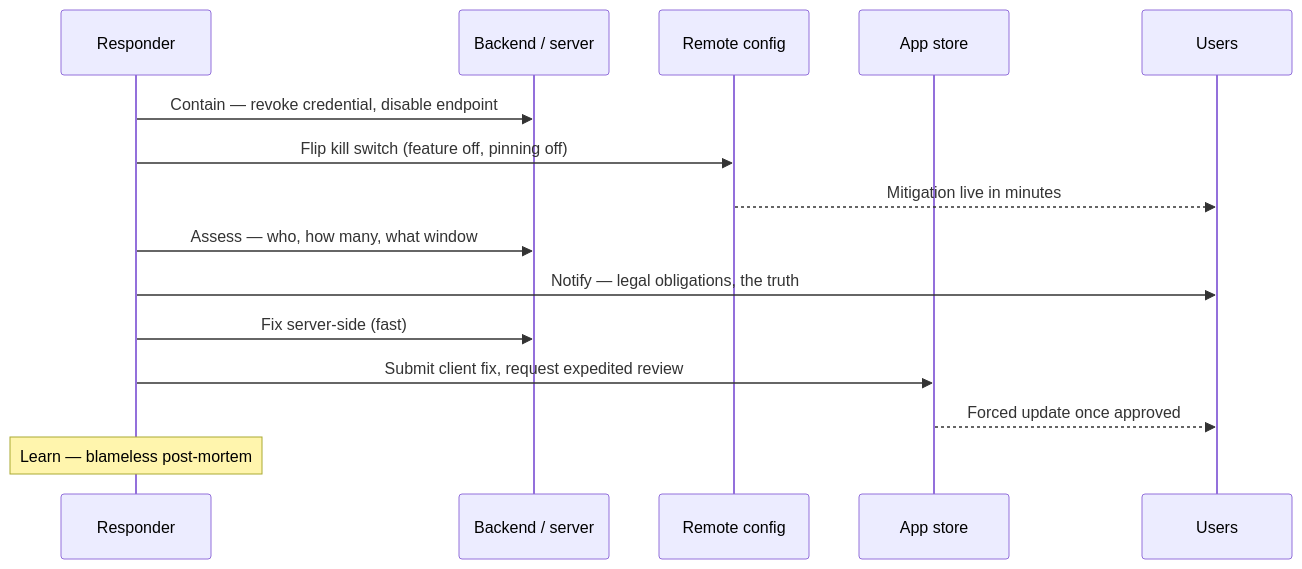
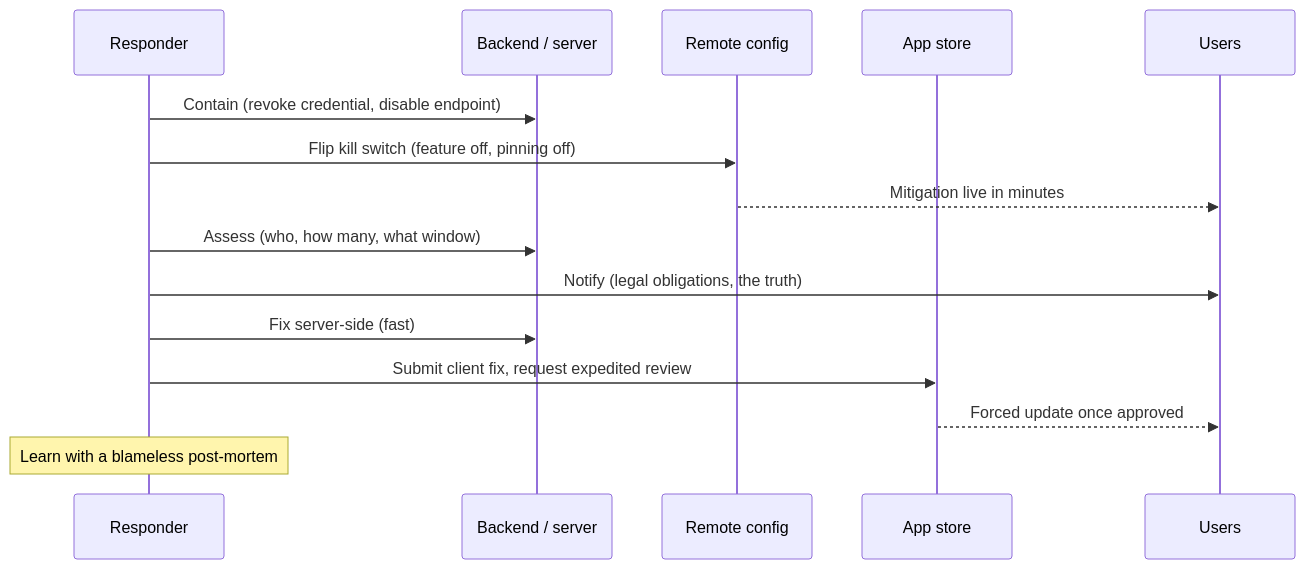
Before and after one commit to hossam9k/mobile-app-security: the second of 2 diagrams in book/08-practice.md, drawn with Mermaid. The commit also changed other lines of this file and 51 other files, not shown here.

````diff
--- a/book/08-practice.md
+++ b/book/08-practice.md
@@ -366,17 +366,17 @@
 ```mermaid
 sequenceDiagram
     participant R as Responder
     participant S as Backend / server
     participant RC as Remote config
     participant AS as App store
     participant U as Users
-    R->>S: Contain — revoke credential, disable endpoint
+    R->>S: Contain (revoke credential, disable endpoint)
     R->>RC: Flip kill switch (feature off, pinning off)
     RC-->>U: Mitigation live in minutes
-    R->>S: Assess — who, how many, what window
-    R->>U: Notify — legal obligations, the truth
+    R->>S: Assess (who, how many, what window)
+    R->>U: Notify (legal obligations, the truth)
     R->>S: Fix server-side (fast)
     R->>AS: Submit client fix, request expedited review
     AS-->>U: Forced update once approved
-    Note over R: Learn — blameless post-mortem
+    Note over R: Learn with a blameless post-mortem
 ```
````
